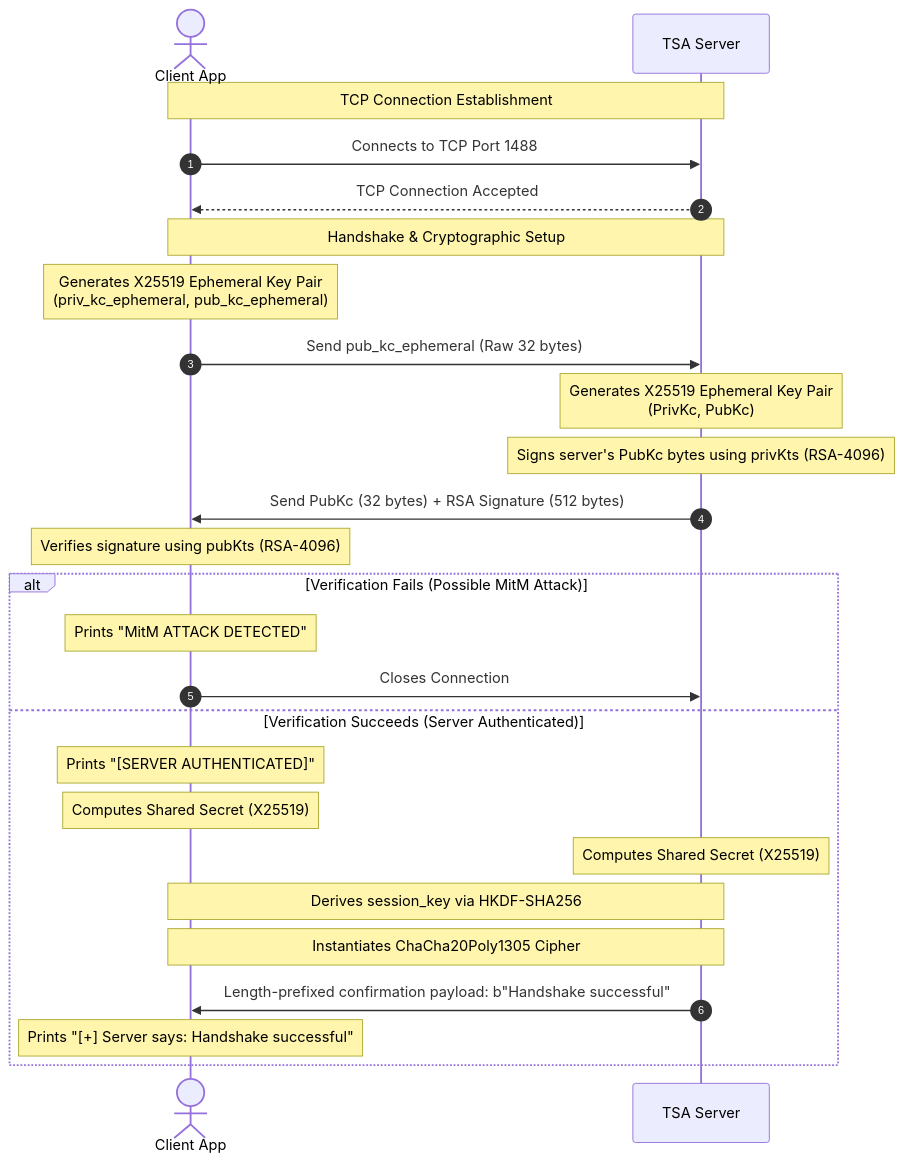
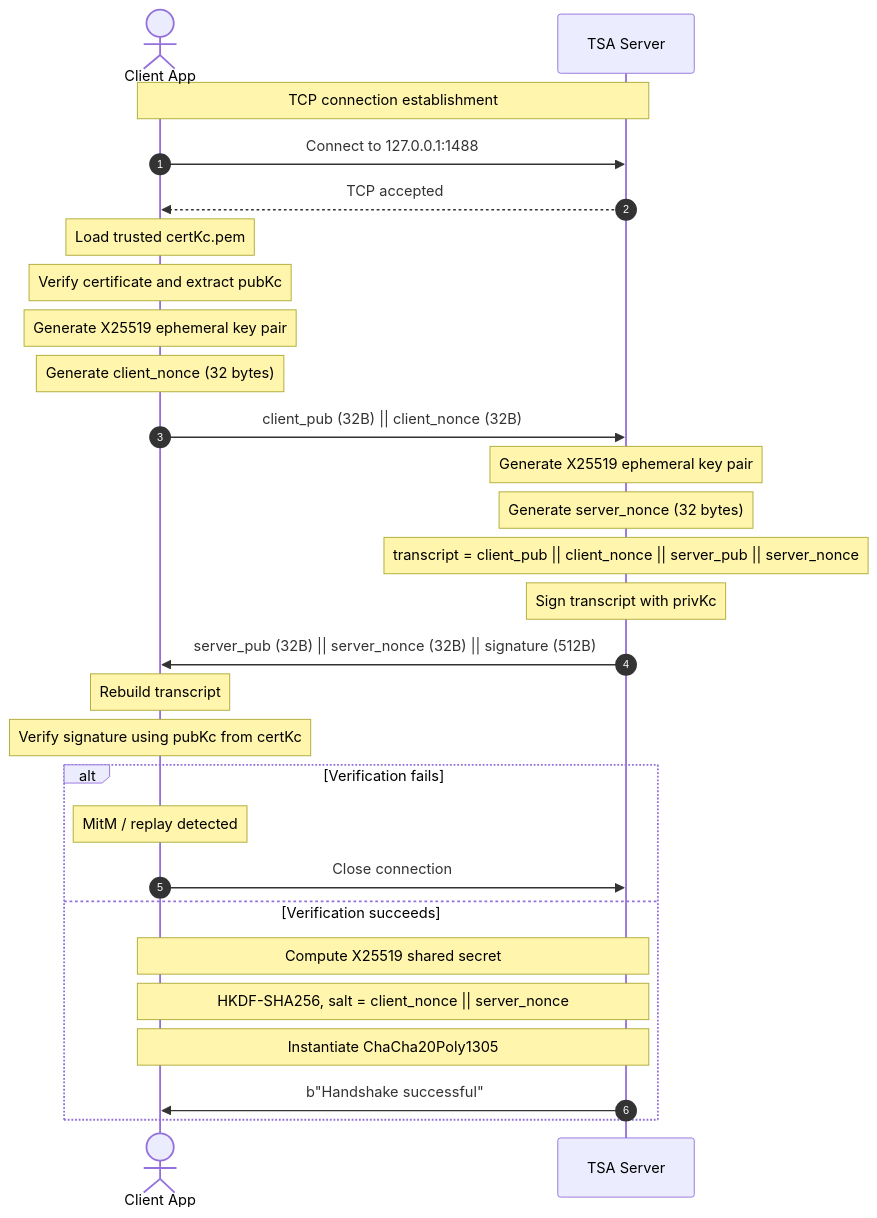
Before and after one commit to ErVideo/Fundamentals_of_Cybersecurity_Project: the first of 6 diagrams in Report/Report_v2.md, drawn with Mermaid. The commit also changed other lines of this file and 9 other files, not shown here.

````diff
--- a/Report/Report_v2.md
+++ b/Report/Report_v2.md
@@ -182,32 +251,34 @@
 ```mermaid
 sequenceDiagram
     autonumber
     actor Client as Client App
     participant Server as TSA Server
-    
-    Note over Client, Server: TCP Connection Establishment
-    Client->>Server: Connects to TCP Port 1488
-    Server-->>Client: TCP Connection Accepted
-    
-    Note over Client, Server: Handshake & Cryptographic Setup
-    Note over Client: Generates X25519 Ephemeral Key Pair<br/>(priv_kc_ephemeral, pub_kc_ephemeral)
-    Client->>Server: Send pub_kc_ephemeral (Raw 32 bytes)
-    
-    Note over Server: Generates X25519 Ephemeral Key Pair<br/>(PrivKc, PubKc)
-    Note over Server: Signs server's PubKc bytes using privKts (RSA-4096)
-    Server->>Client: Send PubKc (32 bytes) + RSA Signature (512 bytes)
-    
-    Note over Client: Verifies signature using pubKts (RSA-4096)
-    alt Verification Fails (Possible MitM Attack)
-        Note over Client: Prints "MitM ATTACK DETECTED"
-        Client->>Server: Closes Connection
-    else Verification Succeeds (Server Authenticated)
-        Note over Client: Prints "[SERVER AUTHENTICATED]"
-        Note over Client: Computes Shared Secret (X25519)
-        Note over Server: Computes Shared Secret (X25519)
-        Note over Client, Server: Derives session_key via HKDF-SHA256
-        Note over Client, Server: Instantiates ChaCha20Poly1305 Cipher
-        Server->>Client: Length-prefixed confirmation payload: b"Handshake successful"
-        Note over Client: Prints "[+] Server says: Handshake successful"
+
+    Note over Client,Server: TCP connection establishment
+    Client->>Server: Connect to 127.0.0.1:1488
+    Server-->>Client: TCP accepted
+
+    Note over Client: Load trusted certKc.pem
+    Note over Client: Verify certificate and extract pubKc
+    Note over Client: Generate X25519 ephemeral key pair
+    Note over Client: Generate client_nonce (32 bytes)
+    Client->>Server: client_pub (32B) || client_nonce (32B)
+
+    Note over Server: Generate X25519 ephemeral key pair
+    Note over Server: Generate server_nonce (32 bytes)
+    Note over Server: transcript = client_pub || client_nonce || server_pub || server_nonce
+    Note over Server: Sign transcript with privKc
+    Server->>Client: server_pub (32B) || server_nonce (32B) || signature (512B)
+
+    Note over Client: Rebuild transcript
+    Note over Client: Verify signature using pubKc from certKc
+    alt Verification fails
+        Note over Client: MitM / replay detected
+        Client->>Server: Close connection
+    else Verification succeeds
+        Note over Client,Server: Compute X25519 shared secret
+        Note over Client,Server: HKDF-SHA256, salt = client_nonce || server_nonce
+        Note over Client,Server: Instantiate ChaCha20Poly1305
+        Server->>Client: b"Handshake successful"
     end
 ```
````
